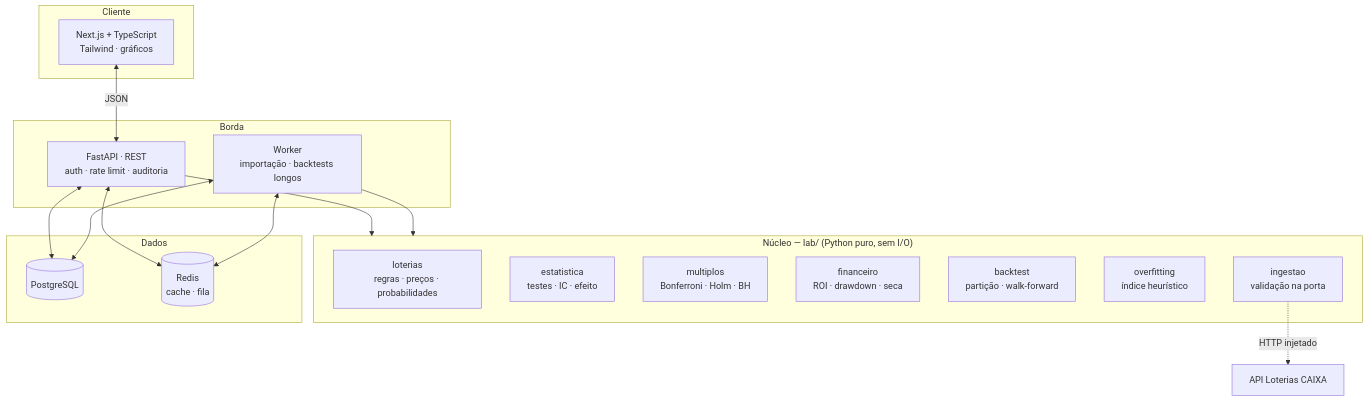
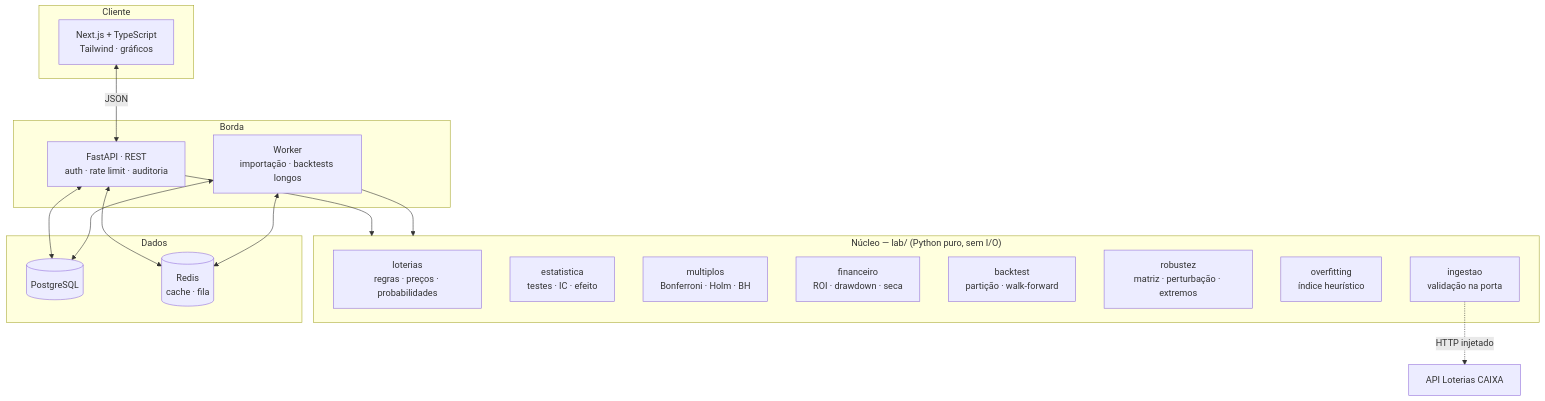
One commit to stringhijocimar-cyber/sorte-2 changed the first of 4 diagrams in analytics/ARQUITETURA.md. Above: the diagram before and after it, drawn with Mermaid. The commit also changed other lines of this file and 6 other files, not shown here.

````diff
--- a/analytics/ARQUITETURA.md
+++ b/analytics/ARQUITETURA.md
@@ -17,33 +17,34 @@
 ```mermaid
 flowchart TB
   subgraph Cliente
     W["Next.js + TypeScript<br/>Tailwind · gráficos"]
   end
   subgraph Borda
     API["FastAPI · REST<br/>auth · rate limit · auditoria"]
     WRK["Worker<br/>importação · backtests longos"]
   end
   subgraph Nucleo["Núcleo — lab/ (Python puro, sem I/O)"]
     LOT["loterias<br/>regras · preços · probabilidades"]
     EST["estatistica<br/>testes · IC · efeito"]
     MUL["multiplos<br/>Bonferroni · Holm · BH"]
     FIN["financeiro<br/>ROI · drawdown · seca"]
     BKT["backtest<br/>partição · walk-forward"]
+    ROB["robustez<br/>matriz · perturbação · extremos"]
     OVF["overfitting<br/>índice heurístico"]
     ING["ingestao<br/>validação na porta"]
   end
   subgraph Dados
     PG[("PostgreSQL")]
     RD[("Redis<br/>cache · fila")]
   end
   CX["API Loterias CAIXA"]
 
   W <-->|JSON| API
   API --> Nucleo
   WRK --> Nucleo
   API <--> PG
   API <--> RD
   WRK <--> PG
   WRK <--> RD
   ING -.->|HTTP injetado| CX
 ```
````
